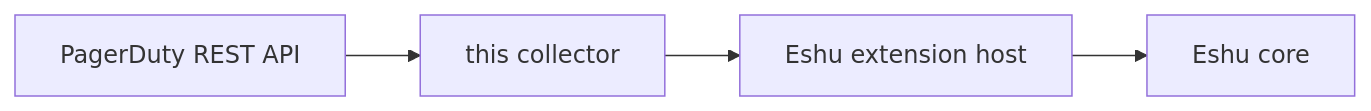
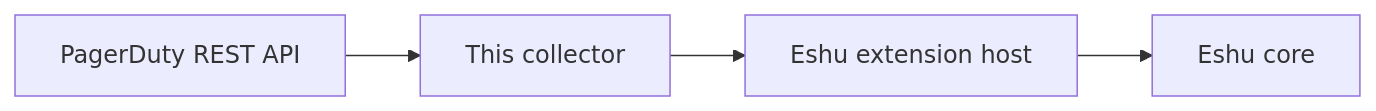
One commit to eshu-hq/eshu-collector-pagerduty changed the diagram in README.md. Above: the diagram before and after it, drawn with Mermaid. The commit also changed other lines of this file and 11 other files, not shown here.

````diff
--- a/README.md
+++ b/README.md
@@ -28,6 +7,6 @@
 ```mermaid
 flowchart LR
-    A[PagerDuty REST API] --> B[this collector]
-    B --> C[Eshu extension host]
-    C --> D[Eshu core]
+    A["PagerDuty REST API"] --> B["This collector"]
+    B --> C["Eshu extension host"]
+    C --> D["Eshu core"]
 ```
````
